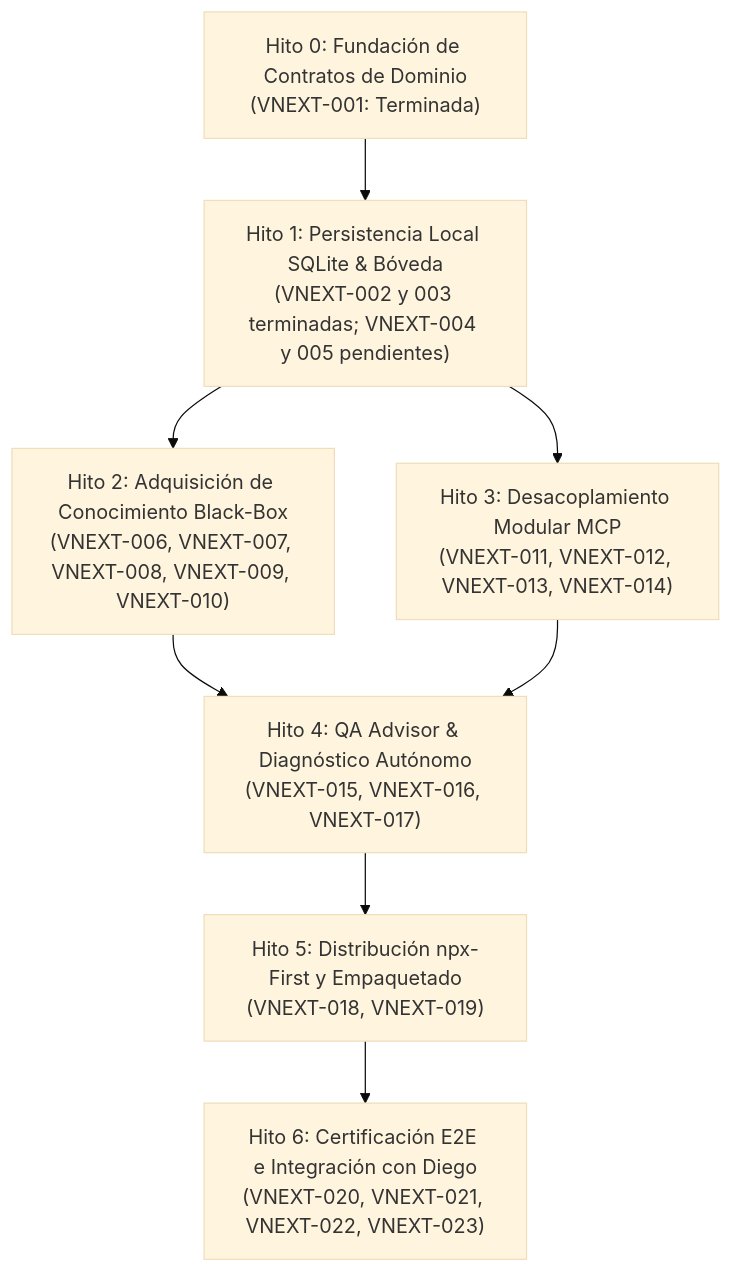
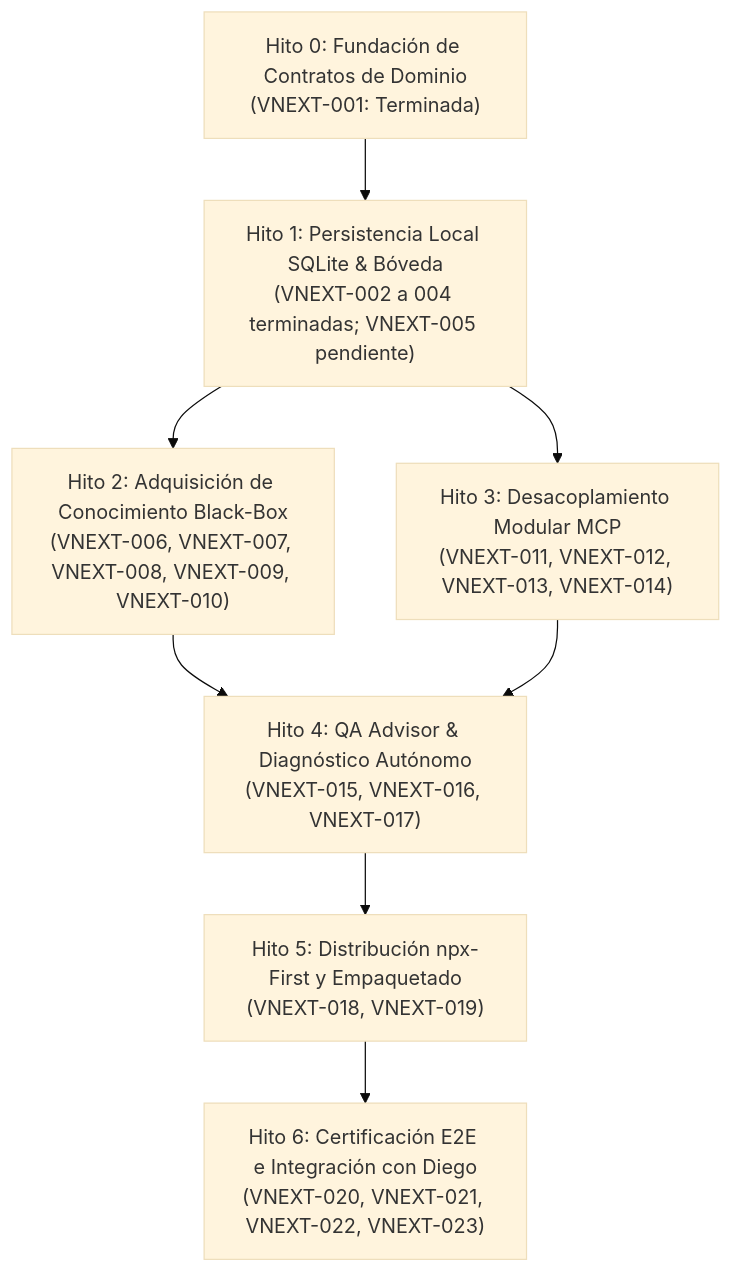
One commit to Hyouka73/QAMCP changed the diagram in docs/vnext/04_BACKLOG_Y_WBS_PRELIMINAR.md. Above: the diagram before and after it, drawn with Mermaid (base theme). The commit also changed other lines of this file and 2 other files, not shown here.

Commit message:
docs(vnext): close VNEXT-004 with migration and runtime evidence

````diff
--- a/docs/vnext/04_BACKLOG_Y_WBS_PRELIMINAR.md
+++ b/docs/vnext/04_BACKLOG_Y_WBS_PRELIMINAR.md
@@ -19,10 +19,10 @@
 ```mermaid
 flowchart TD
-    H0["Hito 0: Fundación de Contratos de Dominio<br/>(VNEXT-001: Terminada)"] --> H1["Hito 1: Persistencia Local SQLite & Bóveda<br/>(VNEXT-002 y 003 terminadas; VNEXT-004 y 005 pendientes)"]
+    H0["Hito 0: Fundación de Contratos de Dominio<br/>(VNEXT-001: Terminada)"] --> H1["Hito 1: Persistencia Local SQLite & Bóveda<br/>(VNEXT-002 a 004 terminadas; VNEXT-005 pendiente)"]
     H1 --> H2["Hito 2: Adquisición de Conocimiento Black-Box<br/>(VNEXT-006, VNEXT-007, VNEXT-008, VNEXT-009, VNEXT-010)"]
     H1 --> H3["Hito 3: Desacoplamiento Modular MCP<br/>(VNEXT-011, VNEXT-012, VNEXT-013, VNEXT-014)"]
     H2 --> H4["Hito 4: QA Advisor & Diagnóstico Autónomo<br/>(VNEXT-015, VNEXT-016, VNEXT-017)"]
     H3 --> H4
     H4 --> H5["Hito 5: Distribución npx-First y Empaquetado<br/>(VNEXT-018, VNEXT-019)"]
     H5 --> H6["Hito 6: Certificación E2E e Integración con Diego<br/>(VNEXT-020, VNEXT-021, VNEXT-022, VNEXT-023)"]
 ```
````
